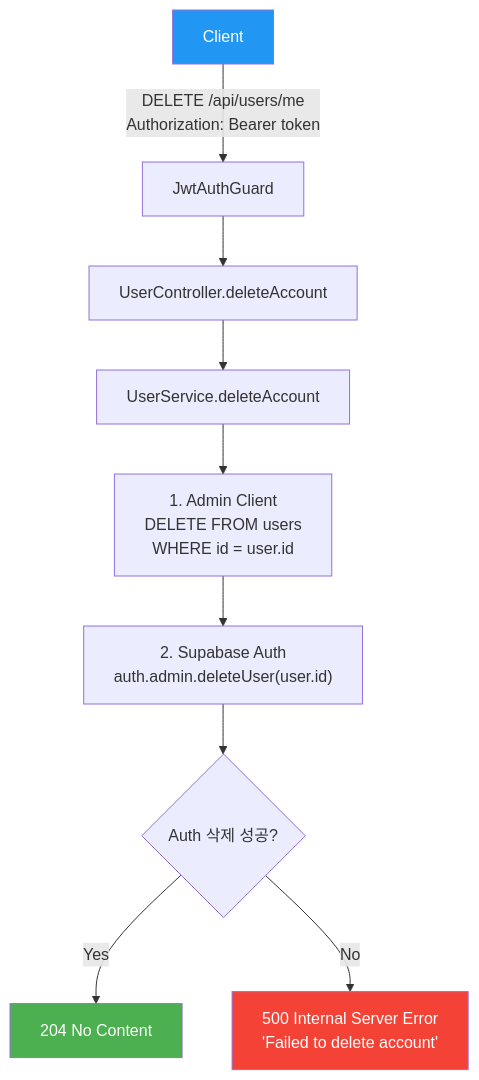
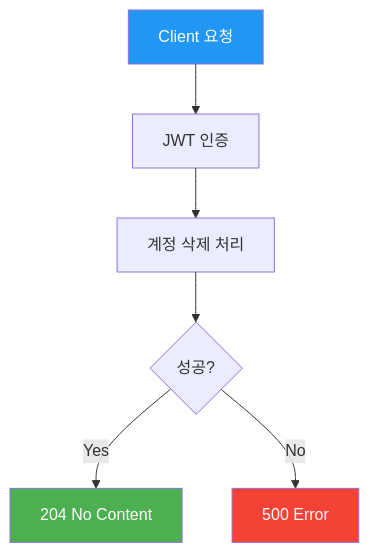
One commit to youngkim90/ddukddak-api changed the fifth of 6 diagrams in docs/api/user-api.md. Above: the diagram before and after it, drawn with Mermaid. The commit also changed other lines of this file and 5 other files, not shown here.

First line of the commit message:
docs: simplify flowcharts with dual API/code flow structure

````diff
--- a/docs/api/user-api.md
+++ b/docs/api/user-api.md
@@ -122,15 +139,12 @@
 ```mermaid
 flowchart TD
-    A[Client] -->|"DELETE /api/users/me<br/>Authorization: Bearer token"| B[JwtAuthGuard]
-    B --> C[UserController.deleteAccount]
-    C --> D[UserService.deleteAccount]
-    D --> E["1. Admin Client<br/>DELETE FROM users<br/>WHERE id = user.id"]
-    E --> F["2. Supabase Auth<br/>auth.admin.deleteUser(user.id)"]
-    F --> G{Auth 삭제 성공?}
-    G -- Yes --> H["204 No Content"]
-    G -- No --> I["500 Internal Server Error<br/>'Failed to delete account'"]
+    A[Client 요청] --> B[JWT 인증]
+    B --> C[계정 삭제 처리]
+    C --> D{성공?}
+    D -- Yes --> E[204 No Content]
+    D -- No --> F[500 Error]
 
     style A fill:#2196f3,color:#fff
-    style H fill:#4caf50,color:#fff
-    style I fill:#f44336,color:#fff
+    style E fill:#4caf50,color:#fff
+    style F fill:#f44336,color:#fff
 ```
````
